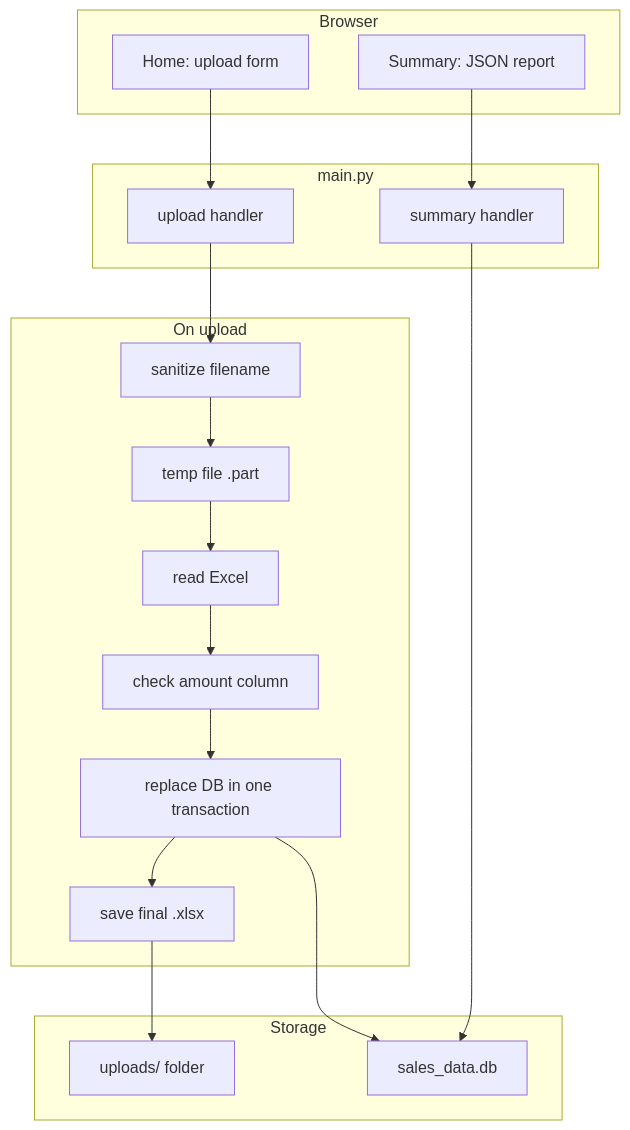
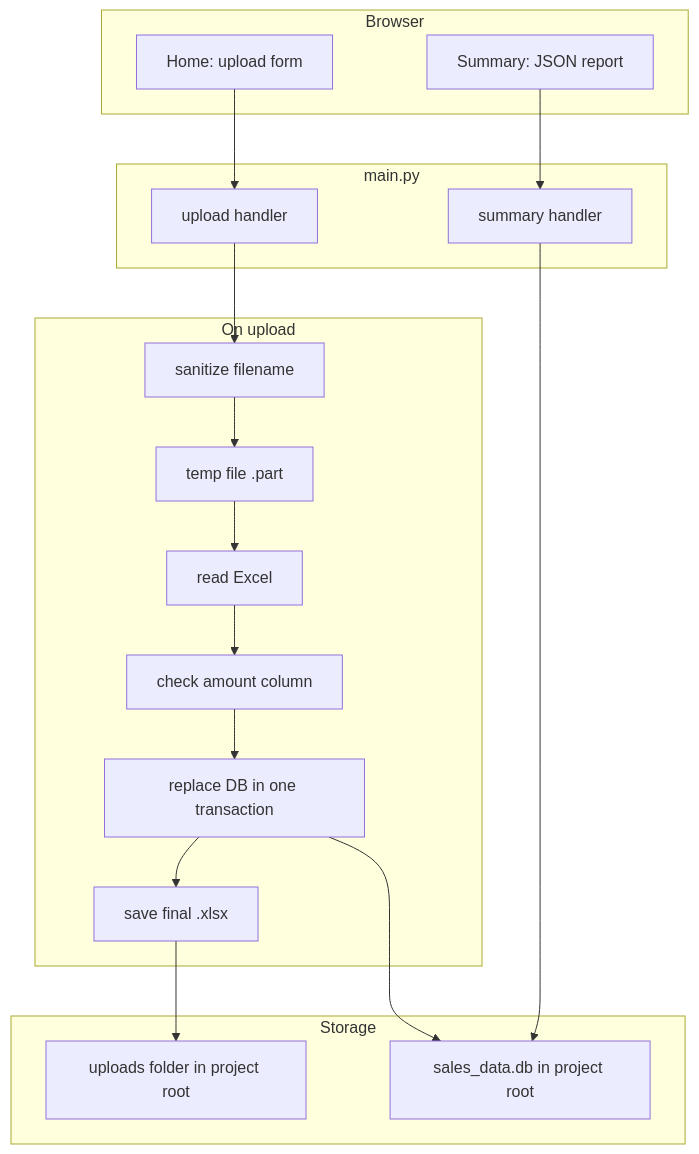
Before and after one commit to MiroslavKocian/financial-report-generator: the diagram in README.md, drawn with Mermaid. The commit also changed other lines of this file, not shown here.

First line of the commit message:
Explain sample Excel path and project root in README.

````diff
--- a/README.md
+++ b/README.md
@@ -36,31 +56,31 @@
 ```mermaid
 flowchart TD
     subgraph browser [Browser]
         home[Home: upload form]
         summaryPage[Summary: JSON report]
     end
 
     subgraph api [main.py]
         uploadRoute[upload handler]
         summaryRoute[summary handler]
     end
 
     subgraph pipeline [On upload]
         sanitize[sanitize filename]
         temp[temp file .part]
         excel[read Excel]
         validate[check amount column]
         replace[replace DB in one transaction]
         publish[save final .xlsx]
     end
 
     subgraph storage [Storage]
-        disk[uploads/ folder]
-        sqlite[sales_data.db]
+        disk[uploads folder in project root]
+        sqlite[sales_data.db in project root]
     end
 
     home --> uploadRoute --> sanitize --> temp --> excel --> validate --> replace
     replace --> sqlite
     replace --> publish --> disk
     summaryPage --> summaryRoute --> sqlite
 ```
````
